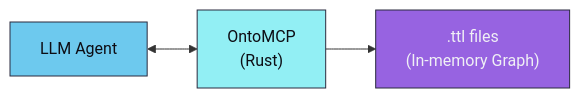
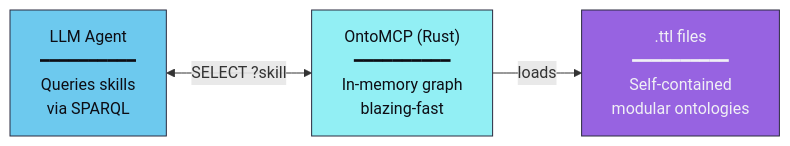
Before and after one commit to mareasoftware/ontoclaw: the third of 5 diagrams in PHILOSOPHY.md, drawn with Mermaid. The commit also changed other lines of this file and 1 other file, not shown here.

First line of the commit message:
docs: add detailed explanations to mermaid diagrams

````diff
--- a/PHILOSOPHY.md
+++ b/PHILOSOPHY.md
@@ -55,8 +58,9 @@
 ```mermaid
 flowchart LR
-    AGENT["LLM Agent"] <--> MCP["OntoMCP<br/>(Rust)"] --> TTL[".ttl files<br/>(In-memory Graph)"]
+    AGENT["LLM Agent<br/>━━━━━━━━━━<br/>Queries skills<br/>via SPARQL"] <-->|"SELECT ?skill"| MCP["OntoMCP (Rust)<br/>━━━━━━━━━━<br/>In-memory graph<br/>blazing-fast"]
+    MCP -->|"loads"| TTL[".ttl files<br/>━━━━━━━━━━<br/>Self-contained<br/>modular ontologies"]
 
     style AGENT fill:#6dc9ee,stroke:#2a2a3e,color:#0d0d14
     style MCP fill:#92eff4,stroke:#2a2a3e,color:#0d0d14
     style TTL fill:#9763e1,stroke:#2a2a3e,color:#f0f0f5
 ```
````
